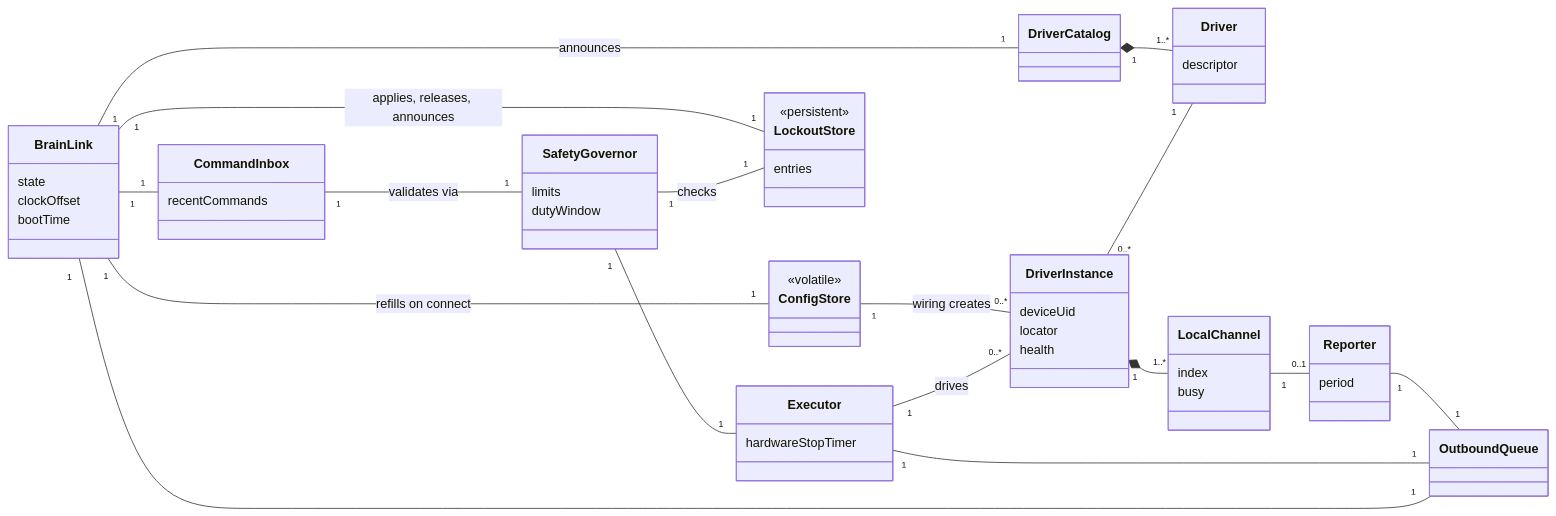
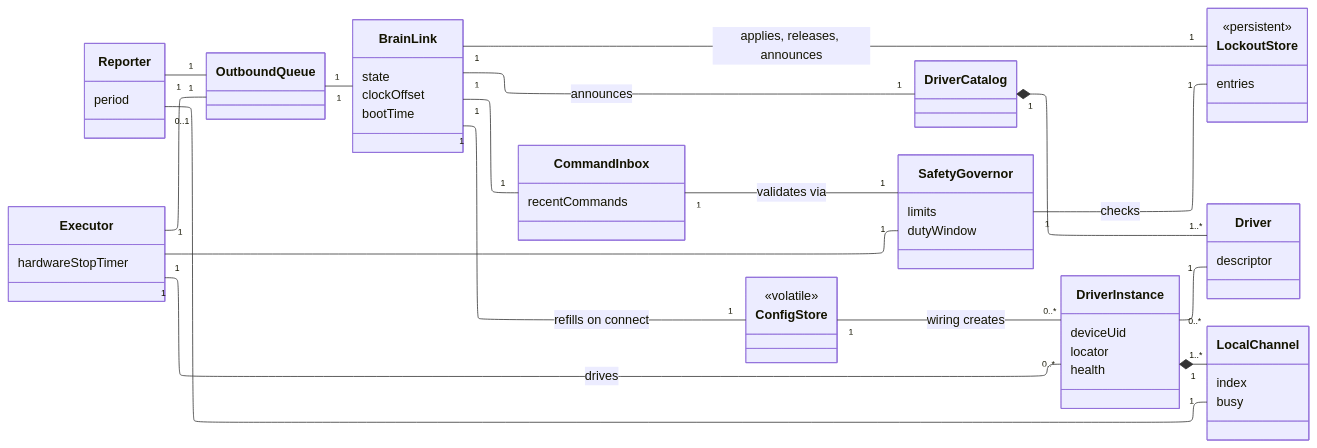
One commit to Aquapoly/Aquadash changed the fourth of 5 diagrams in docs/v3.0.0/conceptual-model.md. Above: the diagram before and after it, drawn with Mermaid. The commit also changed other lines of this file and 1 other file, not shown here.

Commit message:
docs(3.0.0 conceptual model): diagram formatting

````diff
--- a/docs/v3.0.0/conceptual-model.md
+++ b/docs/v3.0.0/conceptual-model.md
@@ -466,61 +484,67 @@
 ```mermaid
+---
+config:
+  layout: elk
+  class:
+    layout: elk
+---
 classDiagram
   direction LR
 
   class BrainLink {
     state
     clockOffset
     bootTime
   }
   class ConfigStore {
     <<volatile>>
   }
   class LockoutStore {
     <<persistent>>
     entries
   }
   class DriverCatalog
   class Driver {
     descriptor
   }
   class DriverInstance {
     deviceUid
     locator
     health
   }
   class LocalChannel {
     index
     busy
   }
   class Reporter {
     period
   }
   class CommandInbox {
     recentCommands
   }
   class SafetyGovernor {
     limits
     dutyWindow
   }
   class Executor {
     hardwareStopTimer
   }
   class OutboundQueue
 
   BrainLink "1" -- "1" ConfigStore : refills on connect
   BrainLink "1" -- "1" LockoutStore : applies, releases, announces
   BrainLink "1" -- "1" DriverCatalog : announces
   DriverCatalog "1" *-- "1..*" Driver
   ConfigStore "1" -- "0..*" DriverInstance : wiring creates
   DriverInstance "0..*" -- "1" Driver
   DriverInstance "1" *-- "1..*" LocalChannel
   LocalChannel "1" -- "0..1" Reporter
   BrainLink "1" -- "1" CommandInbox
   CommandInbox "1" -- "1" SafetyGovernor : validates via
   SafetyGovernor "1" -- "1" LockoutStore : checks
   SafetyGovernor "1" -- "1" Executor
   Executor "1" -- "0..*" DriverInstance : drives
   Reporter "1" -- "1" OutboundQueue
   Executor "1" -- "1" OutboundQueue
   OutboundQueue "1" -- "1" BrainLink
 ```
````
